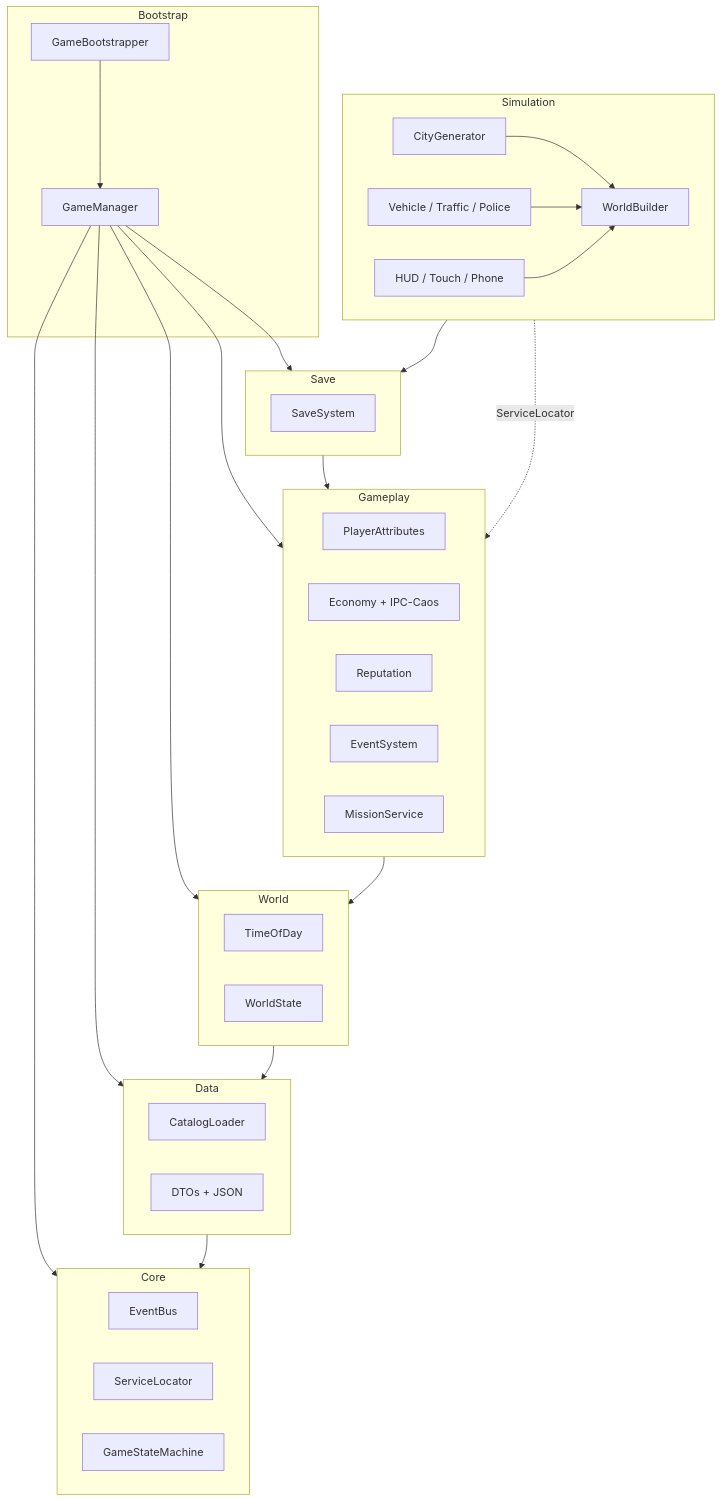
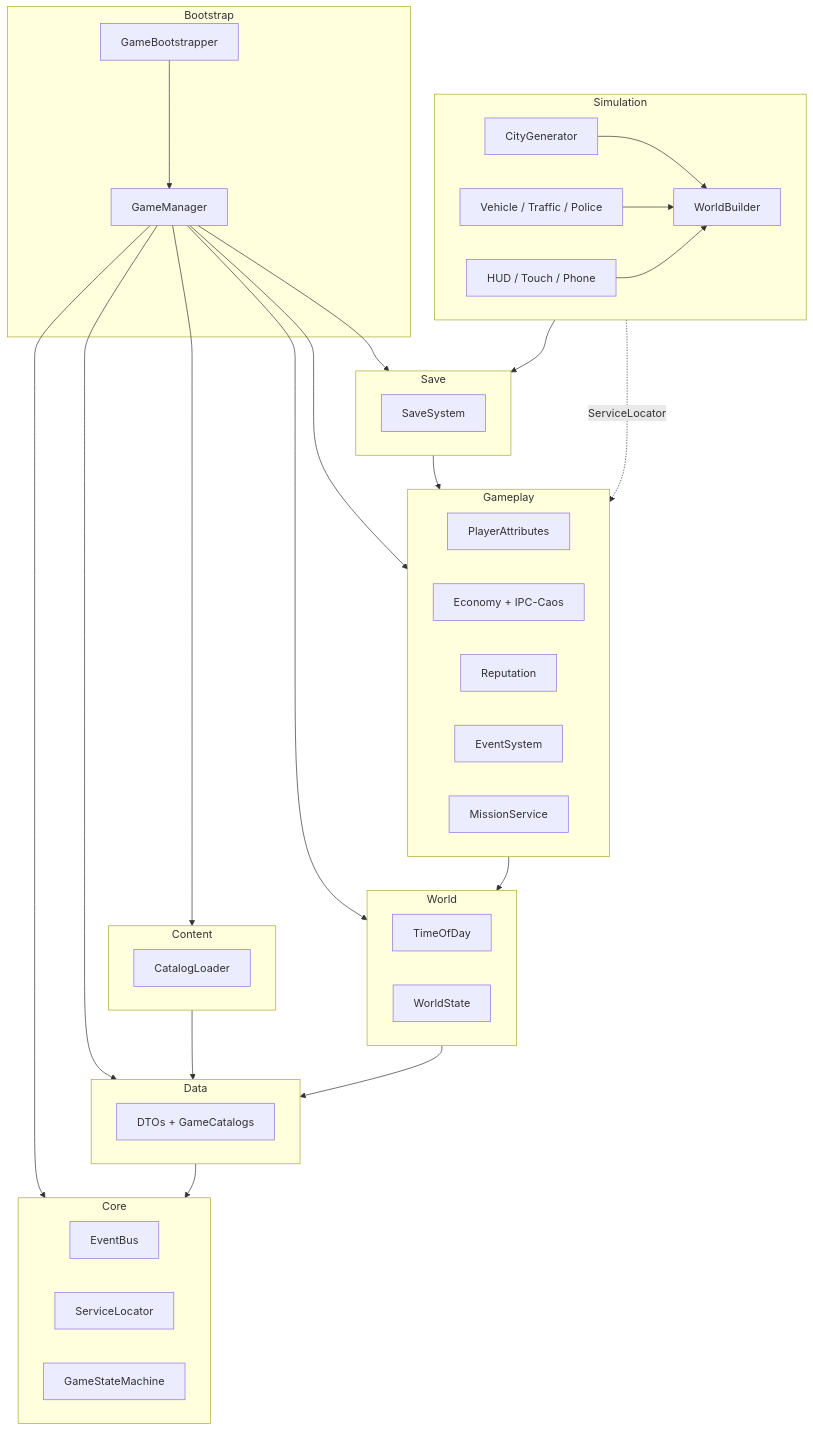
The diagram in README.md (Igorrv/GTA-Brasileiro), drawn with Mermaid before and after one commit. The commit also changed other lines of this file and 2 other files, not shown here.

````diff
--- a/README.md
+++ b/README.md
@@ -94,58 +94,63 @@
 ```mermaid
 flowchart TB
   subgraph bootstrap [Bootstrap]
     GM[GameManager]
     GB[GameBootstrapper]
   end
 
   subgraph core [Core]
     EB[EventBus]
     SL[ServiceLocator]
     SM[GameStateMachine]
   end
 
   subgraph data [Data]
+    DTO[DTOs + GameCatalogs]
+  end
+
+  subgraph content [Content]
     CL[CatalogLoader]
-    DTO[DTOs + JSON]
   end
 
   subgraph world [World]
     TOD[TimeOfDay]
     WS[WorldState]
   end
 
   subgraph gameplay [Gameplay]
     PA[PlayerAttributes]
     ECO[Economy + IPC-Caos]
     REP[Reputation]
     EV[EventSystem]
     MS[MissionService]
   end
 
   subgraph save [Save]
     SS[SaveSystem]
   end
 
   subgraph sim [Simulation]
     WB[WorldBuilder]
     CITY[CityGenerator]
     VEH[Vehicle / Traffic / Police]
     UI[HUD / Touch / Phone]
   end
 
   GB --> GM
   GM --> core
   GM --> data
+  GM --> content
   GM --> world
   GM --> gameplay
   GM --> save
+  content --> data
   data --> core
   world --> data
   gameplay --> world
   save --> gameplay
   sim --> save
   sim -.->|ServiceLocator| gameplay
   CITY --> WB
   VEH --> WB
   UI --> WB
 ```
````
